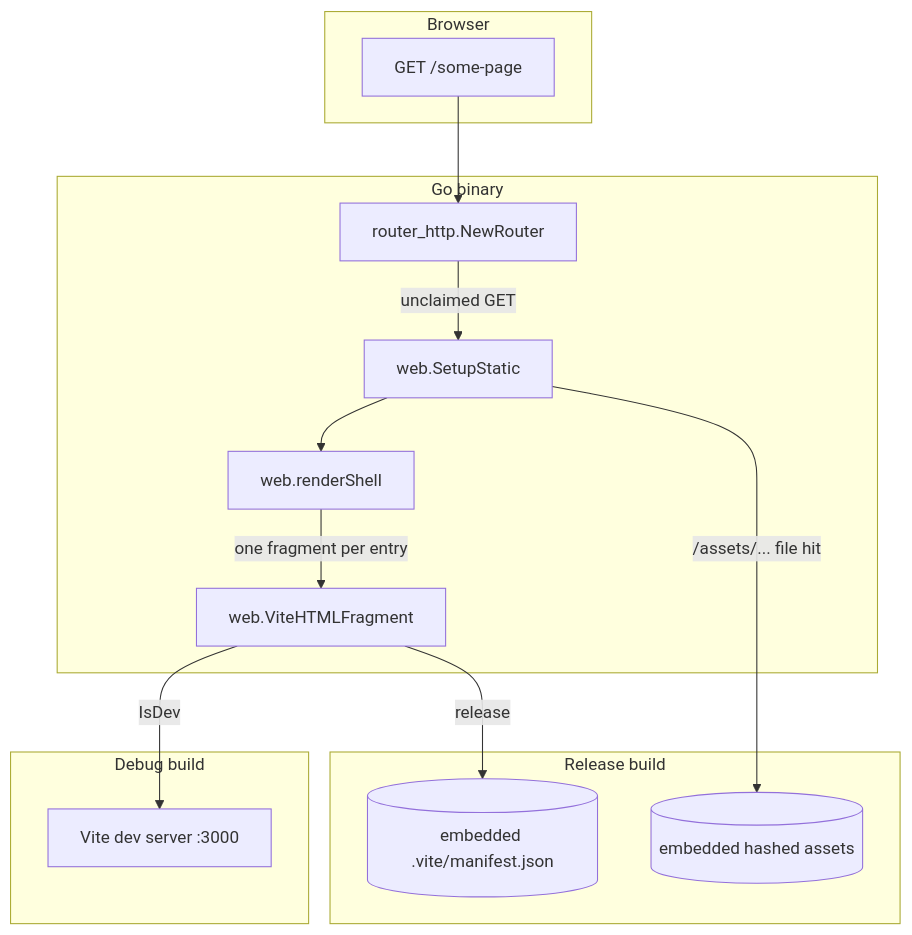
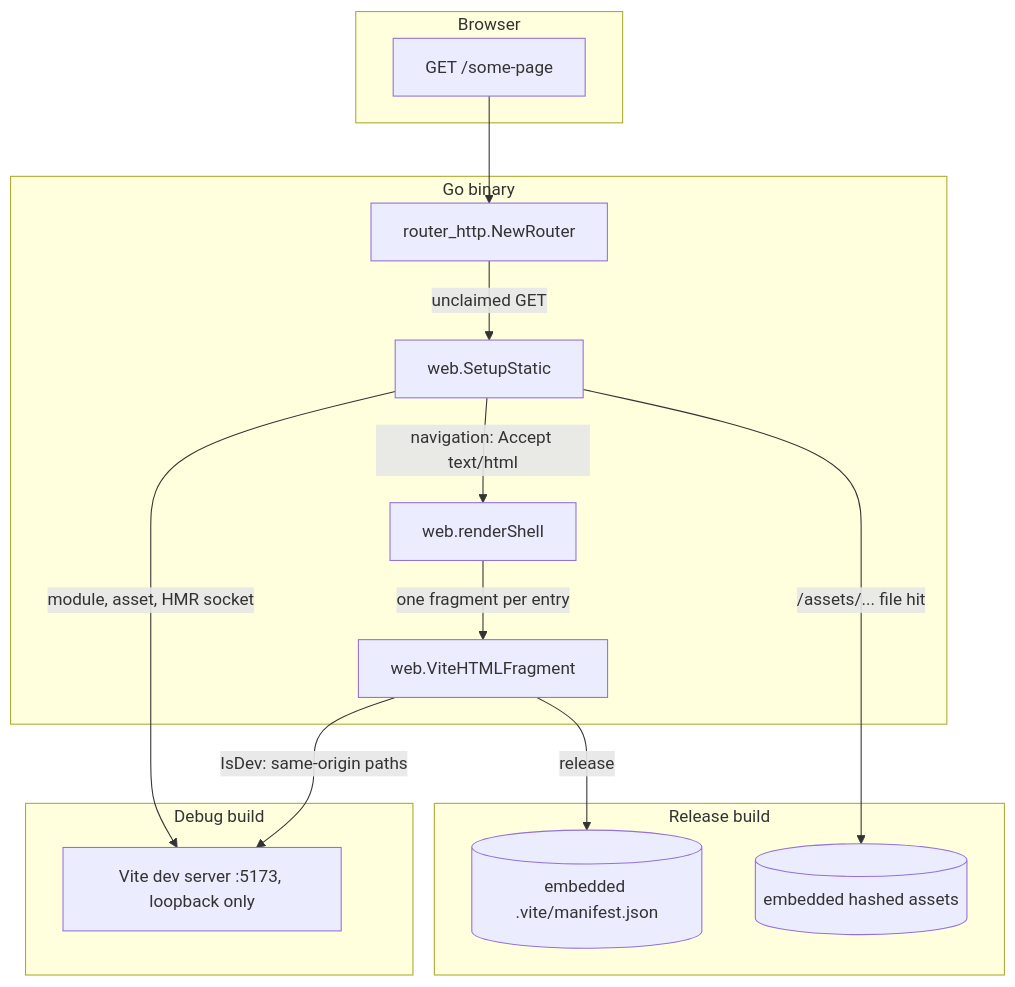
One commit to riipandi/saka changed the diagram in web/README.md. Above: the diagram before and after it, drawn with Mermaid. The commit also changed other lines of this file and 11 other files, not shown here.

````diff
--- a/web/README.md
+++ b/web/README.md
@@ -36,30 +36,31 @@
 ```mermaid
 flowchart TB
     subgraph Browser
         B[GET /some-page]
     end
 
     subgraph Go binary
         R[router_http.NewRouter]
         S[web.SetupStatic]
         SH[web.renderShell]
         F[web.ViteHTMLFragment]
     end
 
     subgraph Debug build
-        V[Vite dev server :3000]
+        V[Vite dev server :5173, loopback only]
     end
 
     subgraph Release build
         M[(embedded .vite/manifest.json)]
         A[(embedded hashed assets)]
     end
 
     B --> R
     R -->|unclaimed GET| S
-    S --> SH
+    S -->|navigation: Accept text/html| SH
     SH -->|one fragment per entry| F
-    F -->|IsDev| V
+    F -->|IsDev: same-origin paths| V
     F -->|release| M
+    S -->|module, asset, HMR socket| V
     S -->|/assets/... file hit| A
 ```
````
